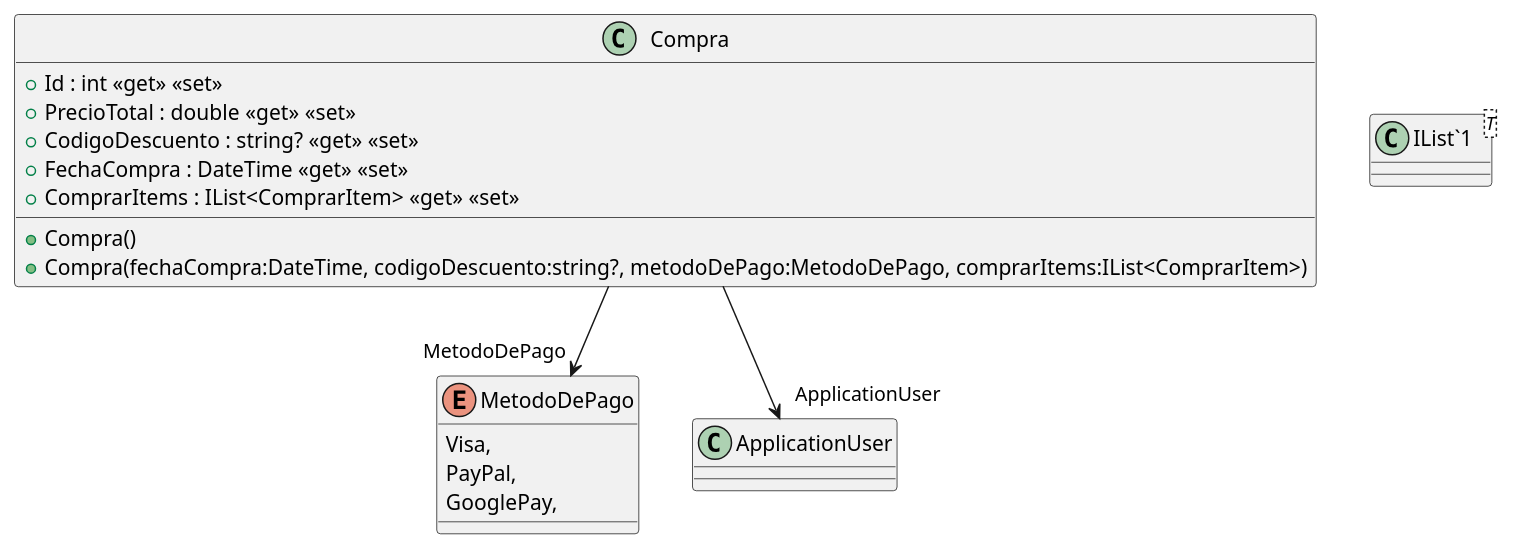
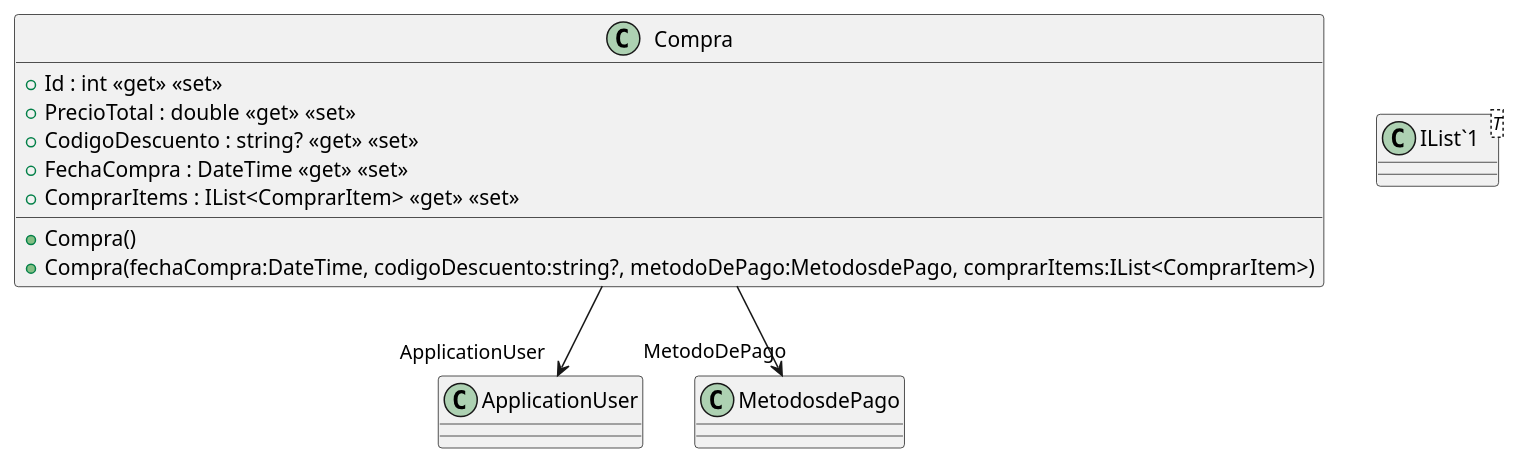
One commit to ISII2627IntegraSolutions/ISII2627IntegraSolutions changed the diagram in src/AppForSEII.API/ClassDiagram/Compra.puml. Above: the diagram before and after it, drawn with PlantUML. The commit also changed 19 other files, not shown here.

```diff
--- a/src/AppForSEII.API/ClassDiagram/Compra.puml
+++ b/src/AppForSEII.API/ClassDiagram/Compra.puml
@@ -1,20 +1,16 @@
 @startuml
 class Compra {
     + Compra()
-    + Compra(fechaCompra:DateTime, codigoDescuento:string?, metodoDePago:MetodoDePago, comprarItems:IList<ComprarItem>)
+    + Compra(fechaCompra:DateTime, codigoDescuento:string?, metodoDePago:MetodosdePago, comprarItems:IList<ComprarItem>)
     + Id : int <<get>> <<set>>
     + PrecioTotal : double <<get>> <<set>>
     + CodigoDescuento : string? <<get>> <<set>>
     + FechaCompra : DateTime <<get>> <<set>>
     + ComprarItems : IList<ComprarItem> <<get>> <<set>>
-}
-enum MetodoDePago {
-    Visa,
-    PayPal,
-    GooglePay,
+
 }
 class "IList`1"<T> {
 }
 Compra --> "ApplicationUser" ApplicationUser
-Compra --> "MetodoDePago" MetodoDePago
+Compra --> "MetodoDePago" MetodosdePago
 @enduml
```
